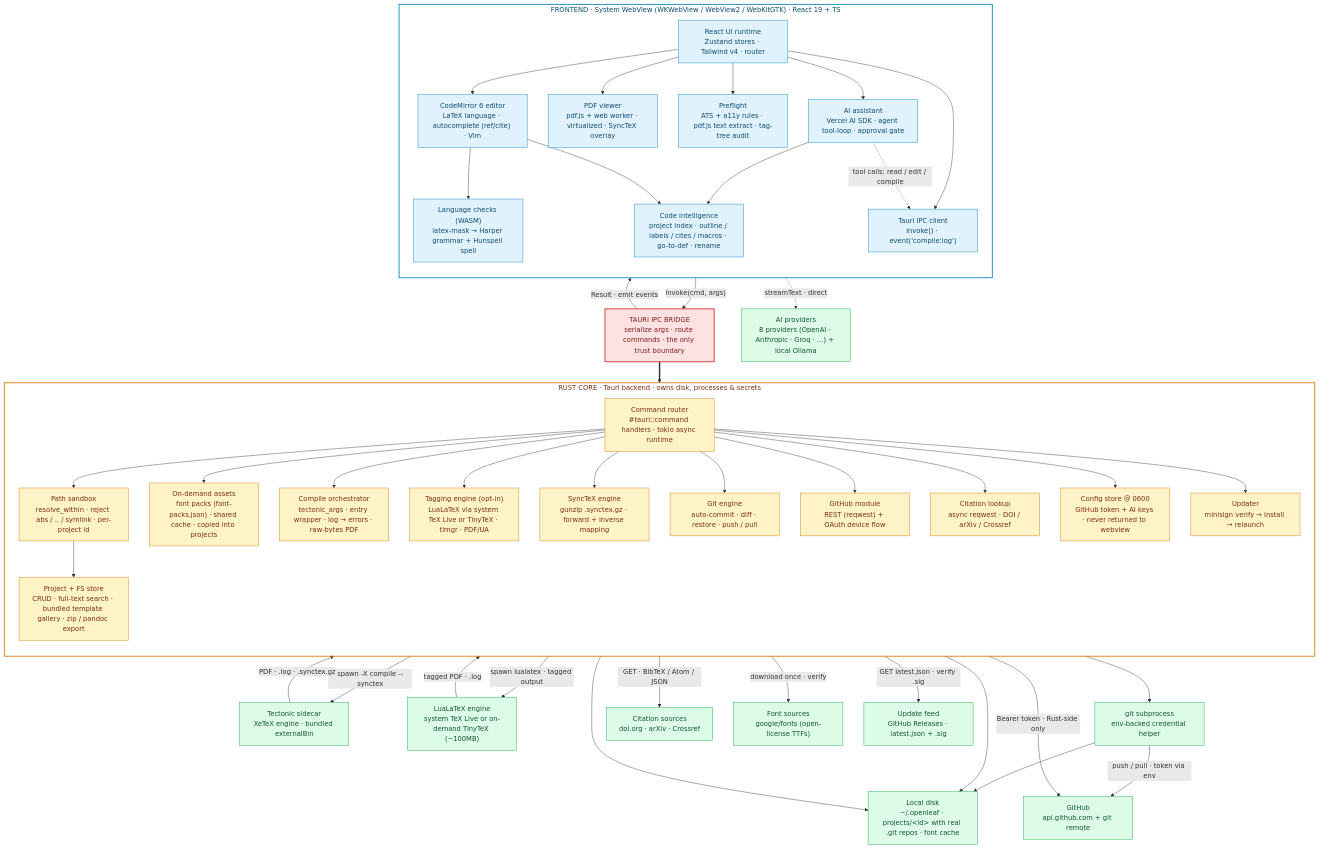
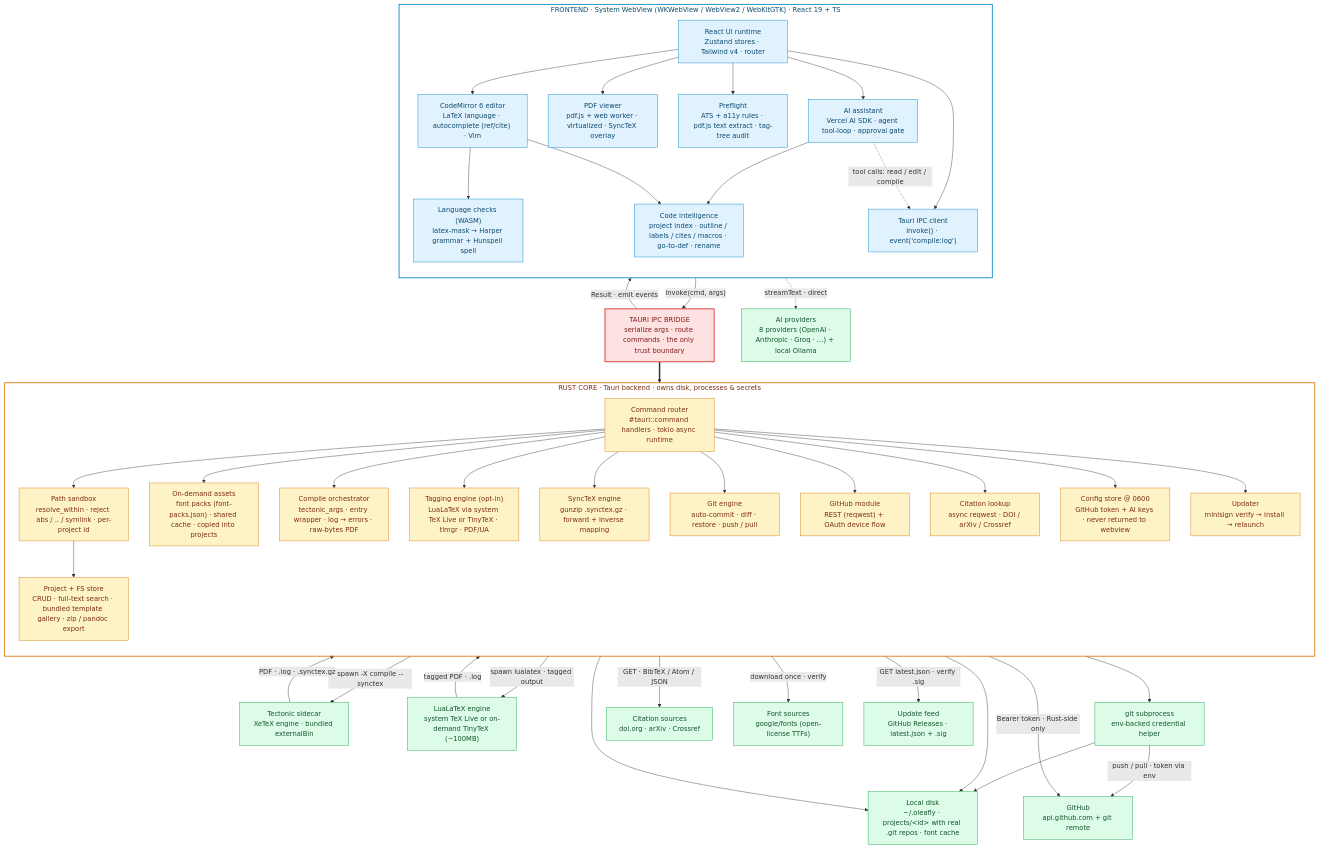
The diagram in README.md (Oleafly/Oleafly), drawn with Mermaid before and after one commit. The commit also changed other lines of this file and 136 other files, not shown here.

Commit message:
Rename openleaf to oleafly across packages, crate, env, and data dir

```diff
--- a/README.md
+++ b/README.md
@@ -377,7 +377,7 @@
   TEC["Tectonic sidecar<br/>XeTeX engine · bundled externalBin"]
   TEX["LuaLaTeX engine<br/>system TeX Live or on-demand TinyTeX (~100MB)"]
   GITBIN["git subprocess<br/>env-backed credential helper"]
-  DISK["Local disk<br/>~/.openleaf · projects/&lt;id&gt; with real .git repos · font cache"]
+  DISK["Local disk<br/>~/.oleafly · projects/&lt;id&gt; with real .git repos · font cache"]
   GHREMOTE["GitHub<br/>api.github.com + git remote"]
   CITEHOSTS["Citation sources<br/>doi.org · arXiv · Crossref"]
   FONTSRC["Font sources<br/>google/fonts (open-license TTFs)"]
```
